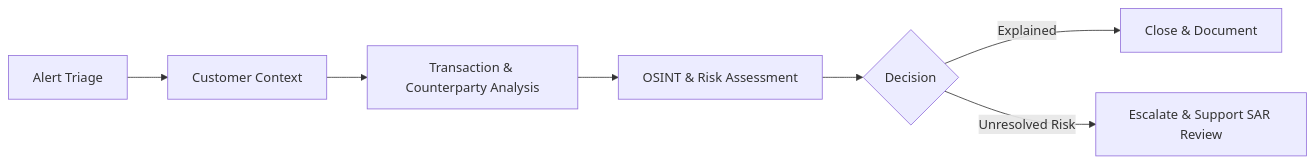
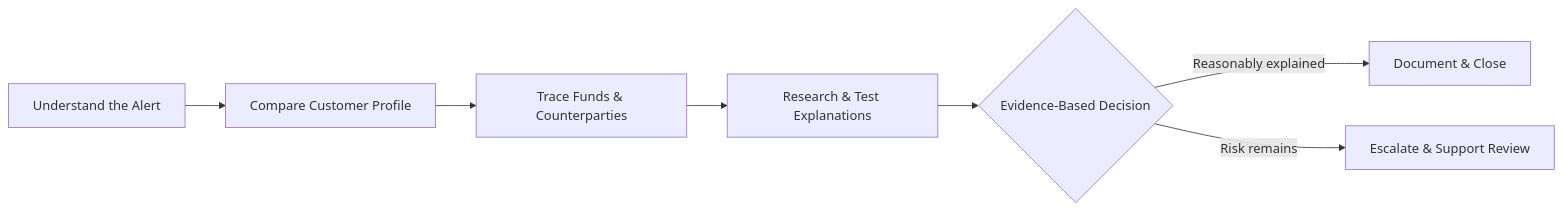
The diagram in README.md (eyeghin/erikyeghinyan-portfolio), drawn with Mermaid before and after one commit. The commit also changed other lines of this file, not shown here.

````diff
--- a/README.md
+++ b/README.md
@@ -35,9 +44,9 @@
 ```mermaid
 flowchart LR
-    A["Alert Triage"] --> B["Customer Context"]
-    B --> C["Transaction & Counterparty Analysis"]
-    C --> D["OSINT & Risk Assessment"]
-    D --> E{"Decision"}
-    E -->|Explained| F["Close & Document"]
-    E -->|Unresolved Risk| G["Escalate & Support SAR Review"]
+    A["Understand the Alert"] --> B["Compare Customer Profile"]
+    B --> C["Trace Funds & Counterparties"]
+    C --> D["Research & Test Explanations"]
+    D --> E{"Evidence-Based Decision"}
+    E -->|Reasonably explained| F["Document & Close"]
+    E -->|Risk remains| G["Escalate & Support Review"]
 ```
````
